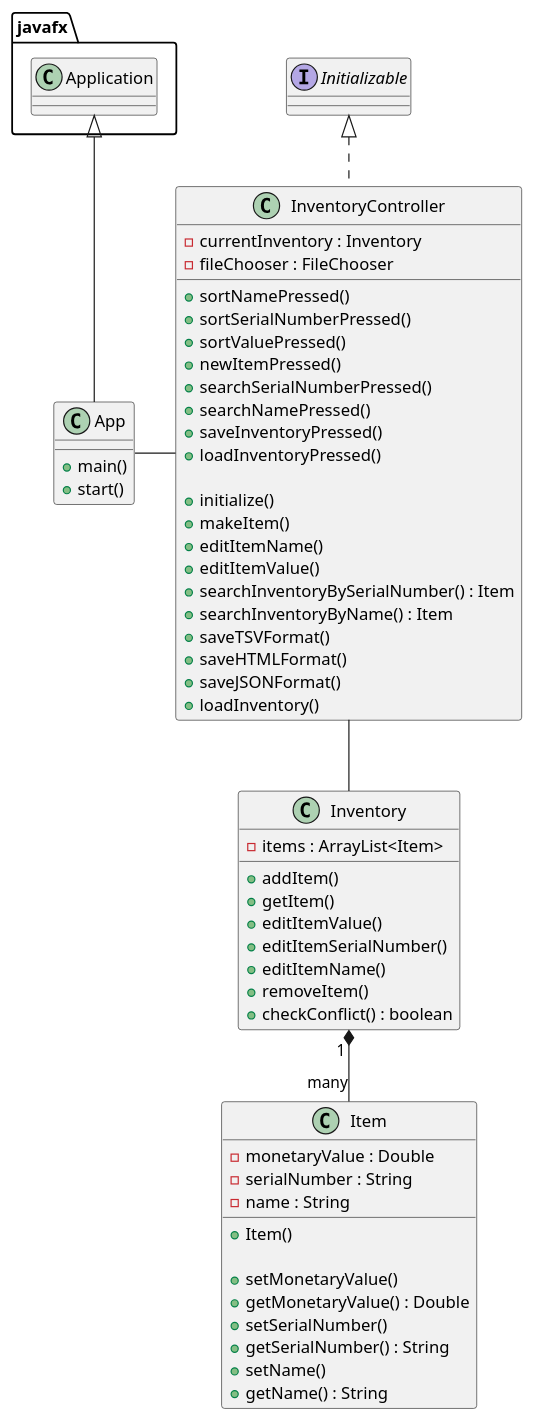
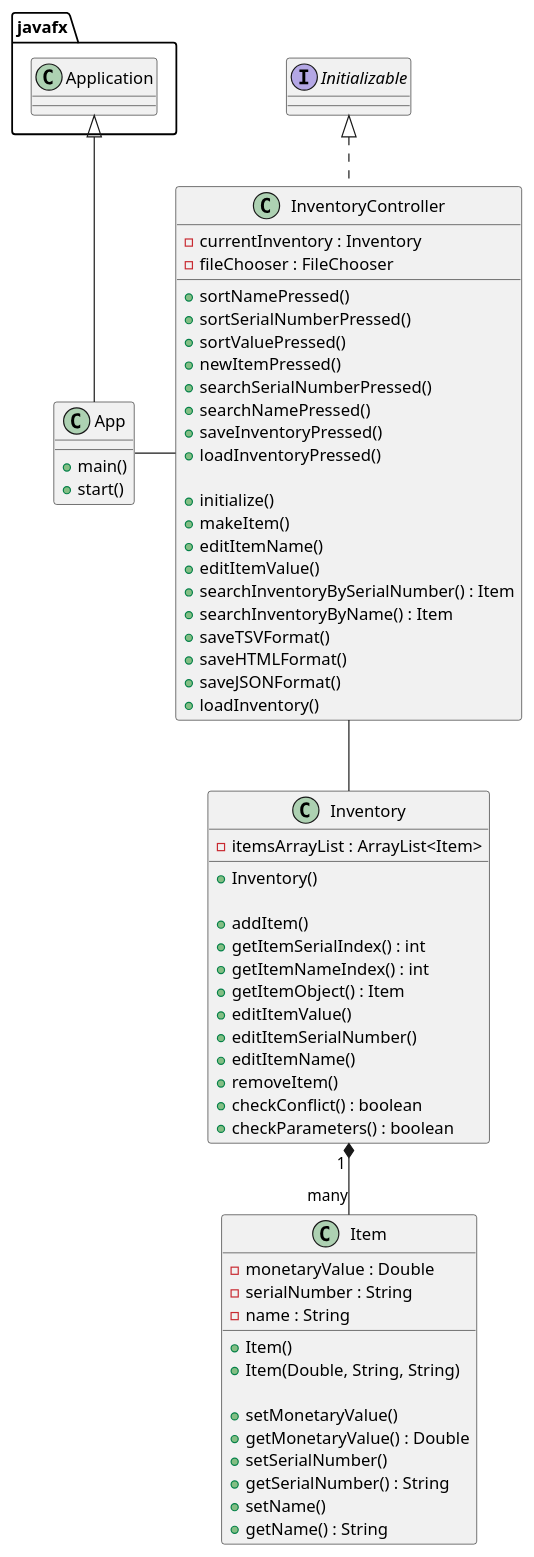
The diagram in uml/InventoryDiagram.puml (kieran-l-jimenez/jimenez-2990-a5), drawn with PlantUML before and after one commit. The commit also changed 12 other files, not shown here.

```diff
--- a/uml/InventoryDiagram.puml
+++ b/uml/InventoryDiagram.puml
@@ -1,93 +1,98 @@
 @startuml
 'https://plantuml.com/class-diagram
 
 interface Initializable{}
 
 class App {
     + main()
     + start()
 }
 
 class InventoryController {
 - currentInventory : Inventory
 '13.2, 14.1
 - fileChooser : FileChooser
 
 '1
 '10
 + sortNamePressed()
 '9
 + sortSerialNumberPressed()
 '8
 + sortValuePressed()
 '3
 + newItemPressed()
 '11
 + searchSerialNumberPressed()
 '12
 + searchNamePressed()
 '13.0
 + saveInventoryPressed()
 '14.0
 + loadInventoryPressed()
 
 + initialize()
 + makeItem()
 '7
 + editItemName()
 + editItemValue()
 'TODO + invalidSerialNumber(), open popup error window if I can figure out multiple tabs, otherwise change a text box to say error next to newItem button, calls search
 + searchInventoryBySerialNumber() : Item
 + searchInventoryByName() : Item
 '13.1.1
 + saveTSVFormat()
 '13.1.2
 + saveHTMLFormat()
 '13.1.3
 + saveJSONFormat()
 + loadInventory()
 }
 
 class Inventory {
-- items : ArrayList<Item>
+- itemsArrayList : ArrayList<Item>
+
++ Inventory()
 
 '3.0, calls checkConflict
 + addItem()
-+ getItem()
++ getItemSerialIndex() : int
++ getItemNameIndex() : int
++ getItemObject() : Item
 '5
 + editItemValue()
 '6.0, calls checkConflict
 + editItemSerialNumber()
 '7
 + editItemName()
 '4
 + removeItem()
 '3.1, 6.1
 + checkConflict() : boolean
-
++ checkParameters() : boolean
 }
 
 class Item {
 '2.1
 -monetaryValue : Double
 '2.2
 -serialNumber : String
 '2.3
 -name : String
 
 + Item()
++ Item(Double, String, String)
 
 + setMonetaryValue()
 + getMonetaryValue() : Double
 + setSerialNumber()
 + getSerialNumber() : String
 + setName()
 + getName() : String
 }
 
 javafx.Application <|-- App
 App - InventoryController
 Initializable <|.. InventoryController
 InventoryController -- Inventory
 Inventory "1 " *-- "many" Item
 @enduml
```
